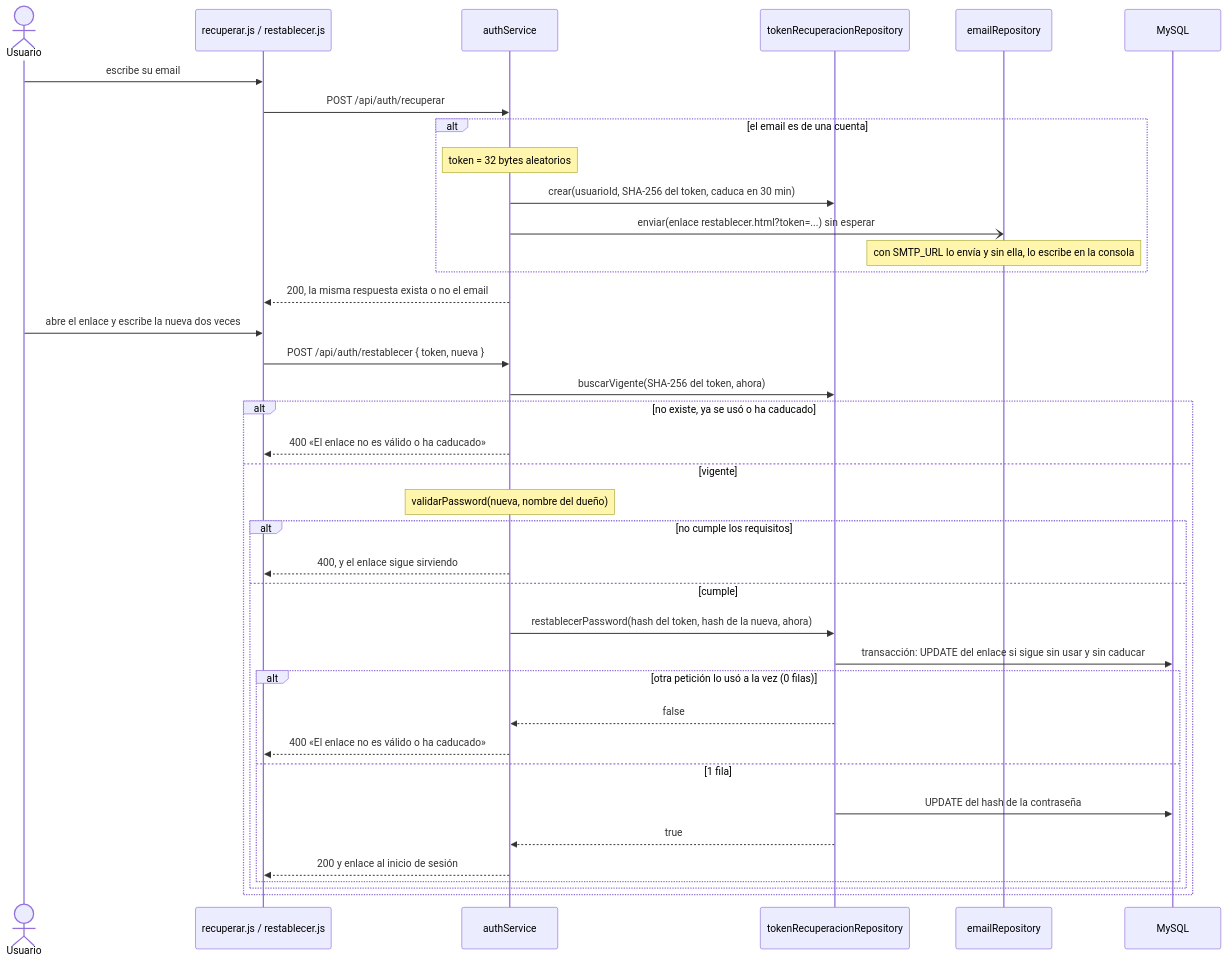
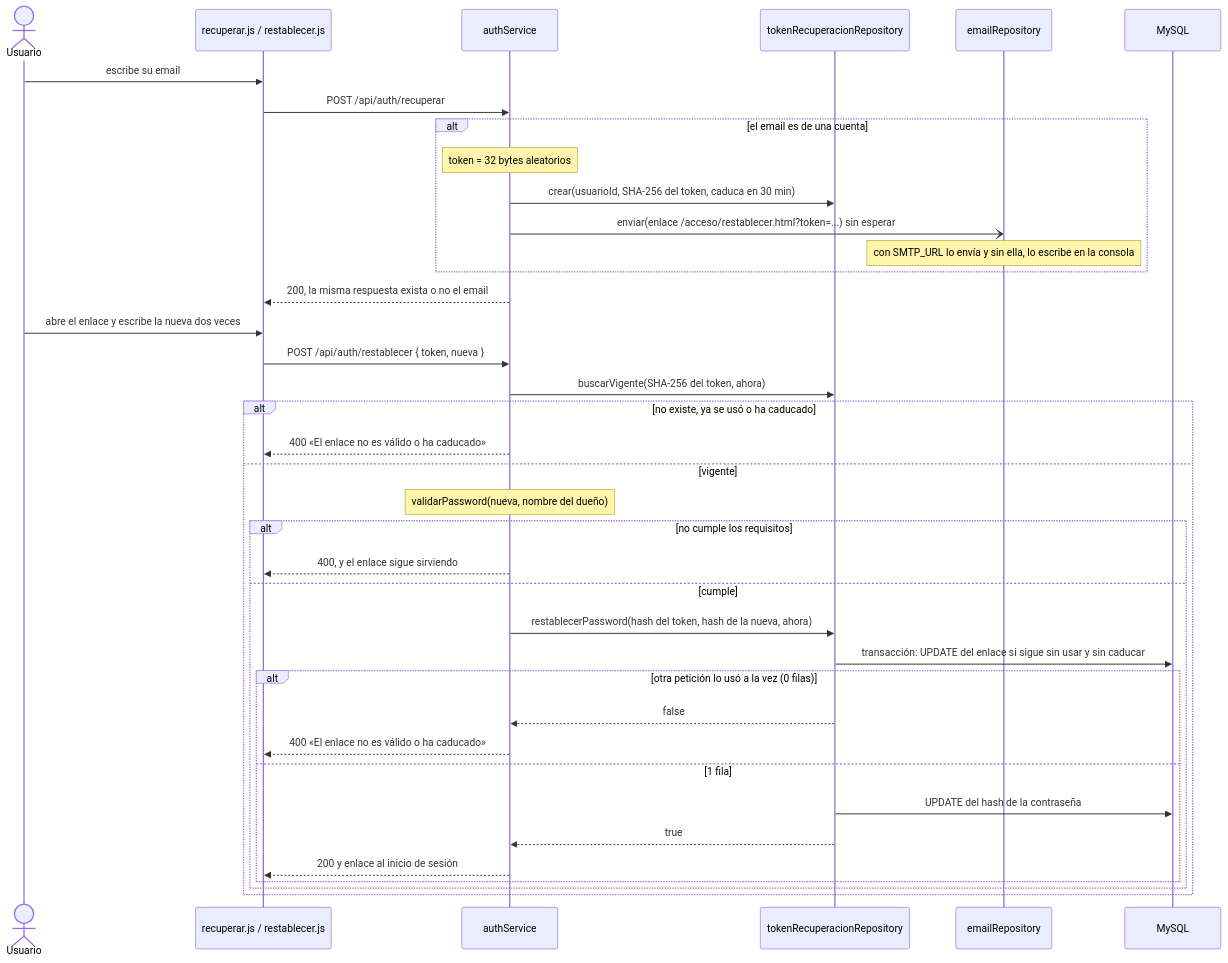
Before and after one commit to Matthew-PV/ISW-Practica: diagram 11 of 16 in documentacion/flujos.md, drawn with Mermaid. The commit also changed other lines of this file and 58 other files, not shown here.

First line of the commit message:
Frontend: páginas HTML en carpetas por grupo (acceso, social, cuenta, experiencias)

````diff
--- a/documentacion/flujos.md
+++ b/documentacion/flujos.md
@@ -443,40 +443,40 @@
 ```mermaid
 sequenceDiagram
   actor U as Usuario
   participant P as recuperar.js / restablecer.js
   participant S as authService
   participant T as tokenRecuperacionRepository
   participant E as emailRepository
   participant BD as MySQL
   U->>P: escribe su email
   P->>S: POST /api/auth/recuperar
   alt el email es de una cuenta
     Note over S: token = 32 bytes aleatorios
     S->>T: crear(usuarioId, SHA-256 del token, caduca en 30 min)
-    S-)E: enviar(enlace restablecer.html?token=...) sin esperar
+    S-)E: enviar(enlace /acceso/restablecer.html?token=...) sin esperar
     Note over E: con SMTP_URL lo envía y sin ella, lo escribe en la consola
   end
   S-->>P: 200, la misma respuesta exista o no el email
   U->>P: abre el enlace y escribe la nueva dos veces
   P->>S: POST /api/auth/restablecer { token, nueva }
   S->>T: buscarVigente(SHA-256 del token, ahora)
   alt no existe, ya se usó o ha caducado
     S-->>P: 400 «El enlace no es válido o ha caducado»
   else vigente
     Note over S: validarPassword(nueva, nombre del dueño)
     alt no cumple los requisitos
       S-->>P: 400, y el enlace sigue sirviendo
     else cumple
       S->>T: restablecerPassword(hash del token, hash de la nueva, ahora)
       T->>BD: transacción: UPDATE del enlace si sigue sin usar y sin caducar
       alt otra petición lo usó a la vez (0 filas)
         T-->>S: false
         S-->>P: 400 «El enlace no es válido o ha caducado»
       else 1 fila
         T->>BD: UPDATE del hash de la contraseña
         T-->>S: true
         S-->>P: 200 y enlace al inicio de sesión
       end
     end
   end
 ```
````
